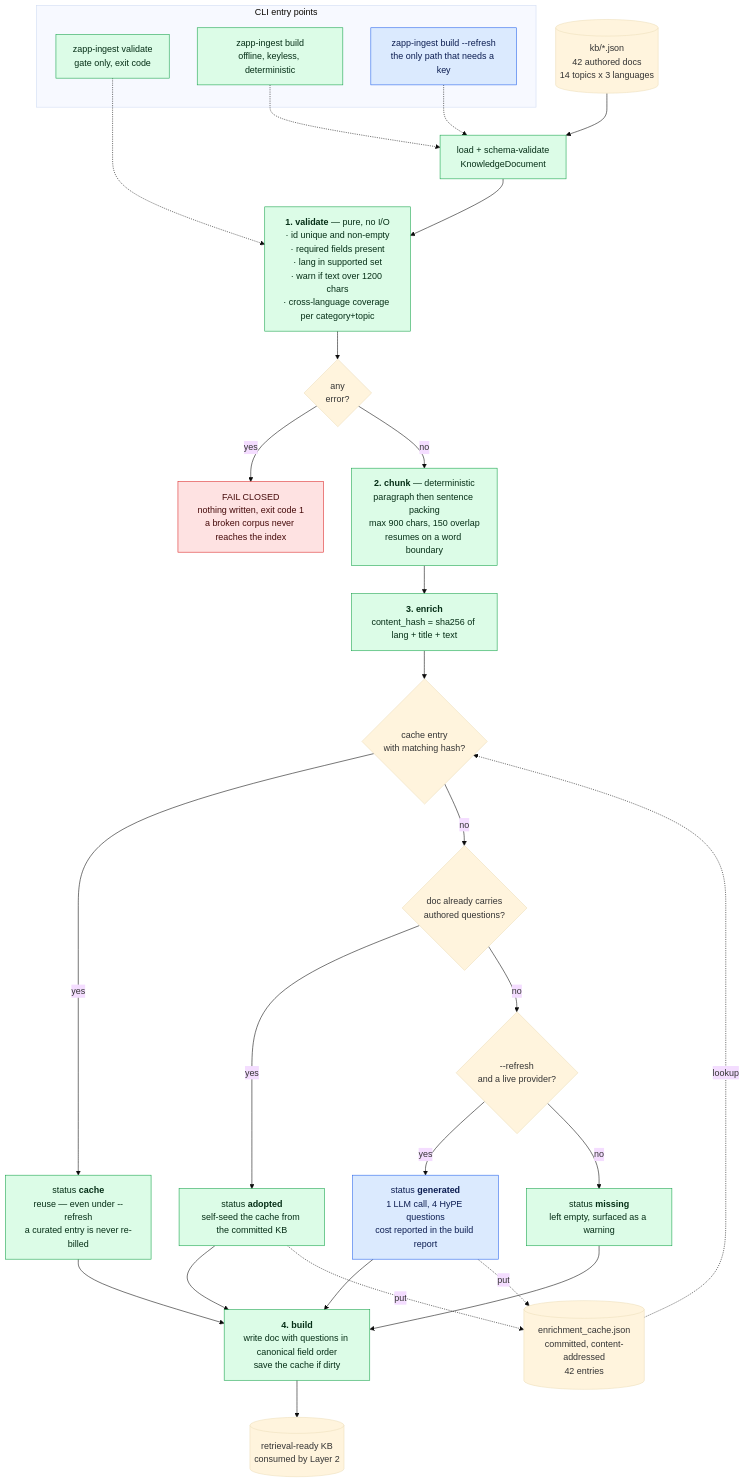
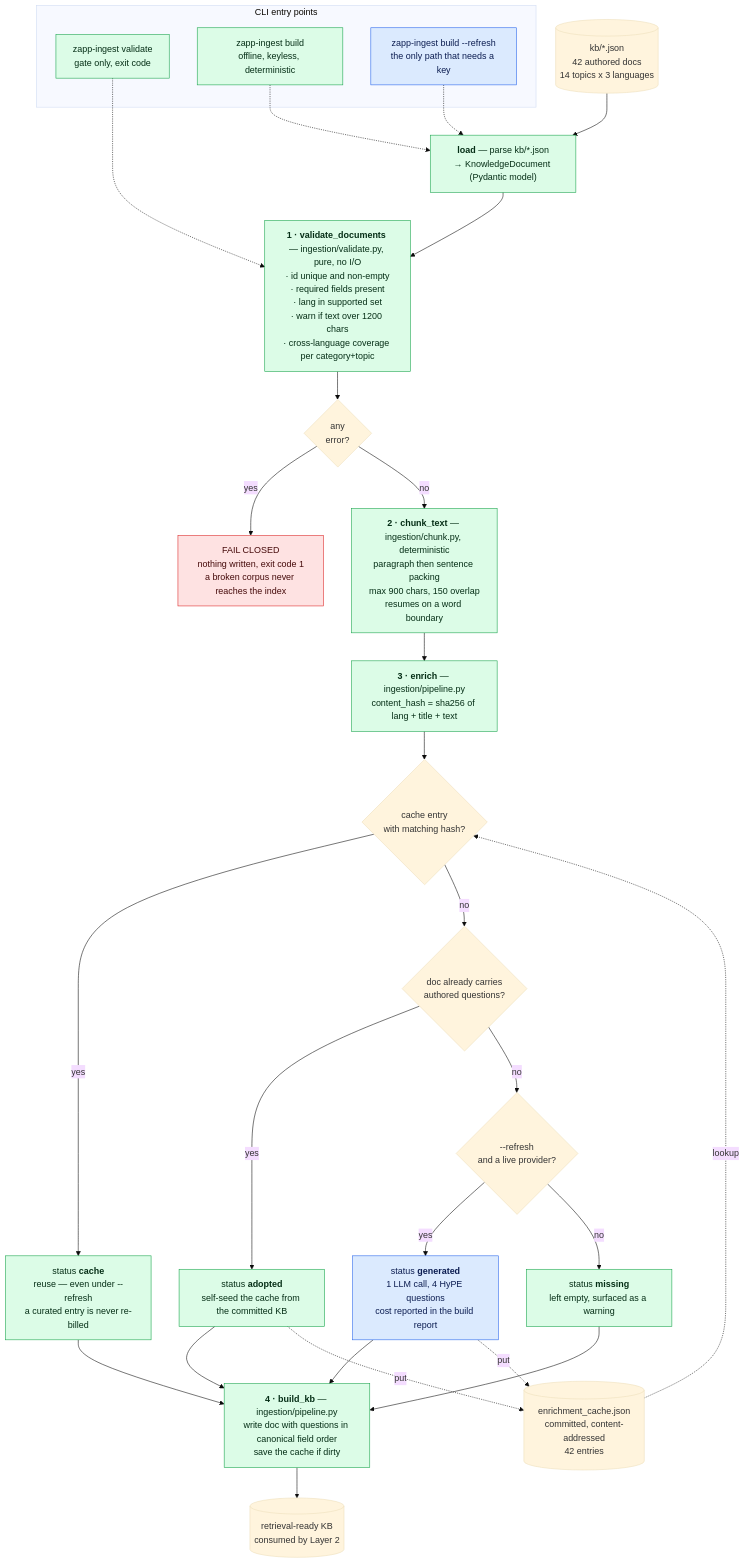
The diagram in docs/layer-1-ingestion.md (Deyber2000/zapp-ai-agent), drawn with Mermaid (base theme) before and after one commit. The commit also changed 7 other files, not shown here.

Commit message:
docs: reconcile to the agent core + component map & refreshed layer diagrams

````diff
--- a/docs/layer-1-ingestion.md
+++ b/docs/layer-1-ingestion.md
@@ -10,50 +10,50 @@
 ```mermaid
 flowchart TB
     SRC[("kb/*.json<br/>42 authored docs<br/>14 topics x 3 languages")]
     CACHE[("enrichment_cache.json<br/>committed, content-addressed<br/>42 entries")]
 
-    SRC --> LOAD["load + schema-validate<br/>KnowledgeDocument"]
+    SRC --> LOAD["<b>load</b> — parse kb/*.json<br/>→ KnowledgeDocument (Pydantic model)"]
 
-    LOAD --> VAL["<b>1. validate</b> — pure, no I/O<br/>· id unique and non-empty<br/>· required fields present<br/>· lang in supported set<br/>· warn if text over 1200 chars<br/>· cross-language coverage per category+topic"]
+    LOAD --> VAL["<b>1 · validate_documents</b> — ingestion/validate.py, pure, no I/O<br/>· id unique and non-empty<br/>· required fields present<br/>· lang in supported set<br/>· warn if text over 1200 chars<br/>· cross-language coverage per category+topic"]
 
     VAL --> GATE{"any<br/>error?"}
     GATE -->|yes| FAIL["FAIL CLOSED<br/>nothing written, exit code 1<br/>a broken corpus never reaches the index"]
-    GATE -->|no| CHUNK["<b>2. chunk</b> — deterministic<br/>paragraph then sentence packing<br/>max 900 chars, 150 overlap<br/>resumes on a word boundary"]
+    GATE -->|no| CHUNK["<b>2 · chunk_text</b> — ingestion/chunk.py, deterministic<br/>paragraph then sentence packing<br/>max 900 chars, 150 overlap<br/>resumes on a word boundary"]
 
-    CHUNK --> HASH["<b>3. enrich</b><br/>content_hash = sha256 of lang + title + text"]
+    CHUNK --> HASH["<b>3 · enrich</b> — ingestion/pipeline.py<br/>content_hash = sha256 of lang + title + text"]
 
     HASH --> Q1{"cache entry<br/>with matching hash?"}
     Q1 -->|yes| ST1["status <b>cache</b><br/>reuse — even under --refresh<br/>a curated entry is never re-billed"]
     Q1 -->|no| Q2{"doc already carries<br/>authored questions?"}
     Q2 -->|yes| ST2["status <b>adopted</b><br/>self-seed the cache from the committed KB"]
     Q2 -->|no| Q3{"--refresh<br/>and a live provider?"}
     Q3 -->|yes| ST3["status <b>generated</b><br/>1 LLM call, 4 HyPE questions<br/>cost reported in the build report"]
     Q3 -->|no| ST4["status <b>missing</b><br/>left empty, surfaced as a warning"]
 
     ST1 --> WRITE
     ST2 --> WRITE
     ST3 --> WRITE
     ST4 --> WRITE
 
-    WRITE["<b>4. build</b><br/>write doc with questions in canonical field order<br/>save the cache if dirty"] --> OUT[("retrieval-ready KB<br/>consumed by Layer 2")]
+    WRITE["<b>4 · build_kb</b> — ingestion/pipeline.py<br/>write doc with questions in canonical field order<br/>save the cache if dirty"] --> OUT[("retrieval-ready KB<br/>consumed by Layer 2")]
 
     CACHE -.->|lookup| Q1
     ST2 -.->|put| CACHE
     ST3 -.->|put| CACHE
 
     subgraph entry["CLI entry points"]
         C1["zapp-ingest validate<br/>gate only, exit code"]
         C2["zapp-ingest build<br/>offline, keyless, deterministic"]
         C3["zapp-ingest build --refresh<br/>the only path that needs a key"]
     end
     C1 -.-> VAL
     C2 -.-> LOAD
     C3 -.-> LOAD
 
     classDef det fill:#dcfce7,stroke:#16a34a,color:#052e16;
     classDef llm fill:#dbeafe,stroke:#2563eb,color:#0c1d51;
     classDef safe fill:#fee2e2,stroke:#dc2626,color:#450a0a;
     class LOAD,VAL,CHUNK,HASH,ST1,ST2,ST4,WRITE,C1,C2 det;
     class ST3,C3 llm;
     class FAIL safe;
 ```
````
